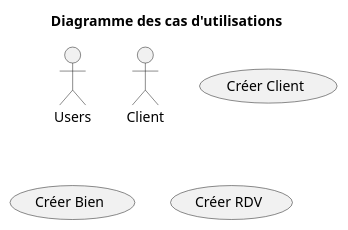
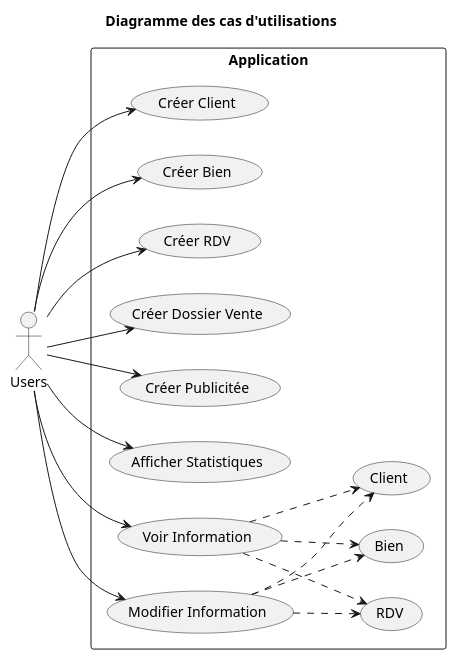
Before and after one commit to Arnaud-Sibade-Tlse/ProjetUML_Miashs: the diagram in DossierConception/UseCase_v2.pu, drawn with PlantUML.

Commit message:
UseCase_v2 : terminer

```diff
--- a/DossierConception/UseCase_v2.pu
+++ b/DossierConception/UseCase_v2.pu
@@ -1,14 +1,44 @@
 @startuml
 
 title Diagramme des cas d'utilisations
 
 :Users: as U
-:Client: as C
 
-(Créer Client)
-(Créer Bien)
-(Créer RDV)
+rectangle Application{
+  (Créer Client) as CC
+  (Créer Bien) as CB
+  (Créer RDV) as CR
+  (Créer Dossier Vente) as CD
+  (Créer Publicitée) as CP
+  
+(Afficher Statistiques) as AS
+
+  (Voir Information) as VI
+  (Modifier Information) as MI
+  (Bien)
+  (Client)
+  (RDV)
 
 
+}
+left to right direction
+U -->CC
+U -->CB
+U -->CR
+U -->CD
+U -->CP
+
+U -->AS
+
+U -->VI
+U -->MI
+
+VI ..>(Bien)
+VI ..>(Client)
+VI ..>(RDV)
+
+MI ..>(Bien)
+MI ..>(Client)
+MI ..>(RDV)
 
 @enduml
```
